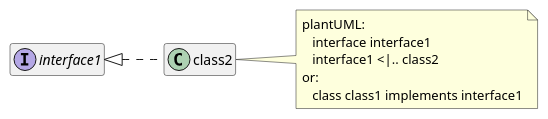
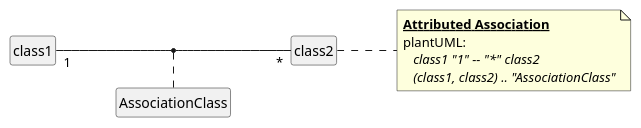
Before and after one commit to chraxo/UmlMarkdownCheatSheet: the ninth of 23 diagrams in uml_markdown_summary.md, drawn with PlantUML. The commit also changed other lines of this file, not shown here.

Commit message:
class diagram: further improvement

```diff
--- a/uml_markdown_summary.md
+++ b/uml_markdown_summary.md
@@ -219,16 +285,19 @@
 @startuml
+    skinparam classFontName Consolas
+    skinparam classAttributeFontName Consolas
+    skinparam noteFontName Consolas
+
+    hide empty members
     left to right direction
-    skinparam noteFontName Consolas
-    hide empty members
+    skinparam style strictuml
 
-    interface interface1
-    interface1 <|.. class2
-
-    note right 
+    class1 "1" -- "*" class2
+    (class1, class2) .. "AssociationClass"
+        
+    note right of class2
+        **__Attributed Association__**
         plantUML:
-           interface interface1
-           interface1 <|.. class2
-        or:
-           class class1 implements interface1
+           //class1 "1" -- "*" class2//
+           //(class1, class2) .. "AssociationClass"//
     end note
 @enduml
```
